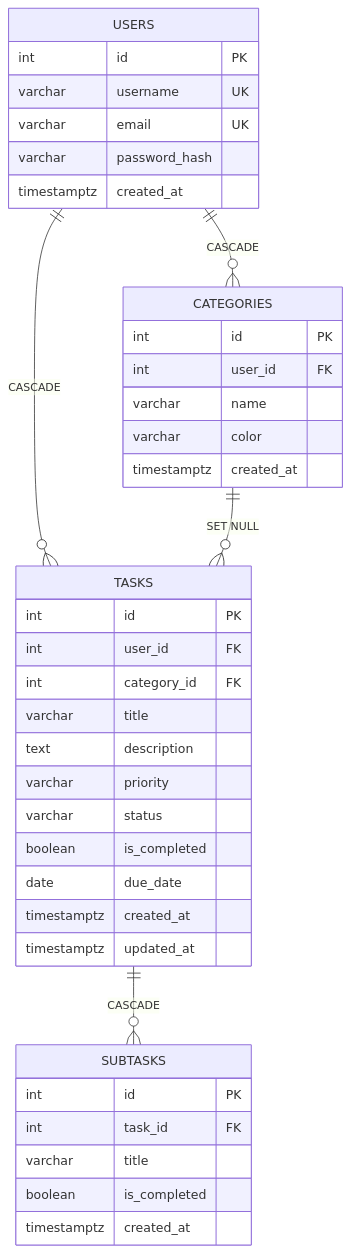
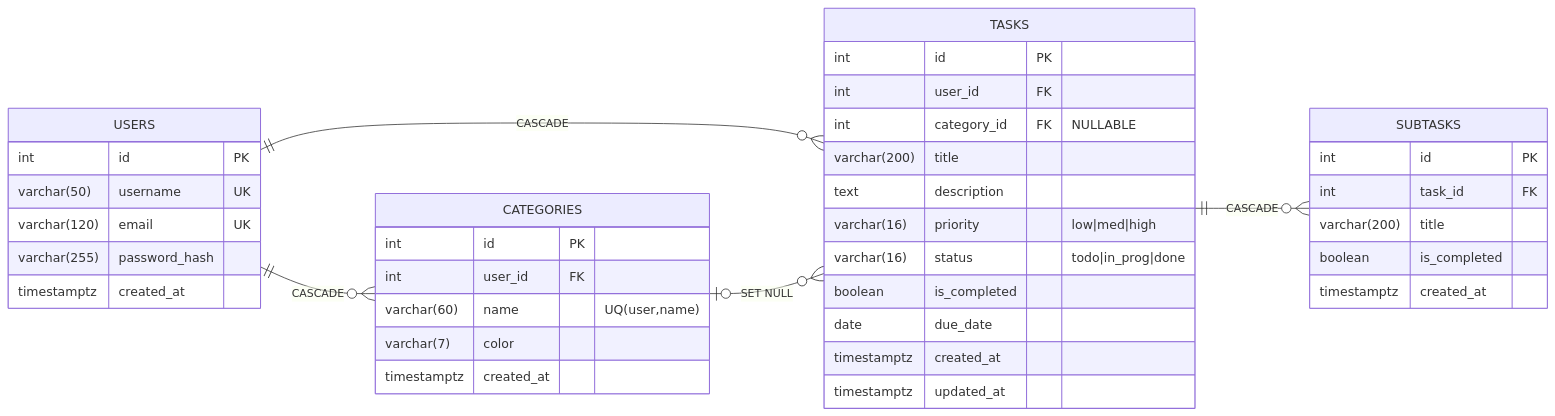
The second of 2 diagrams in README.md (APELSINKos/task-planner), drawn with Mermaid before and after one commit. The commit also changed other lines of this file and 1 other file, not shown here.

````diff
--- a/README.md
+++ b/README.md
@@ -56,42 +165,46 @@
 ```mermaid
 erDiagram
+    direction LR
     USERS ||--o{ CATEGORIES : "CASCADE"
     USERS ||--o{ TASKS : "CASCADE"
-    CATEGORIES ||--o{ TASKS : "SET NULL"
+    CATEGORIES |o--o{ TASKS : "SET NULL"
     TASKS ||--o{ SUBTASKS : "CASCADE"
 
     USERS {
         int id PK
-        varchar username UK
-        varchar email UK
-        varchar password_hash
+        varchar(50) username UK
+        varchar(120) email UK
+        varchar(255) password_hash
         timestamptz created_at
     }
+
     CATEGORIES {
         int id PK
         int user_id FK
-        varchar name
-        varchar color
+        varchar(60) name "UQ(user,name)"
+        varchar(7) color
         timestamptz created_at
     }
+
     TASKS {
         int id PK
         int user_id FK
-        int category_id FK
-        varchar title
+        int category_id FK "NULLABLE"
+        varchar(200) title
         text description
-        varchar priority
-        varchar status
+        varchar(16) priority "low|med|high"
+        varchar(16) status "todo|in_prog|done"
         boolean is_completed
         date due_date
         timestamptz created_at
         timestamptz updated_at
     }
+
     SUBTASKS {
         int id PK
         int task_id FK
-        varchar title
+        varchar(200) title
         boolean is_completed
         timestamptz created_at
     }
 ```
````
